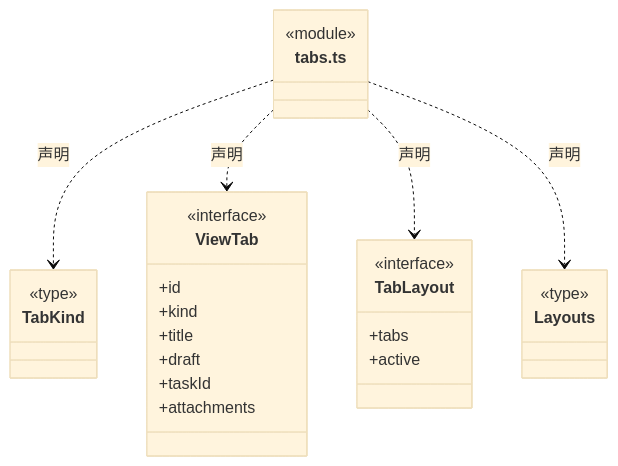
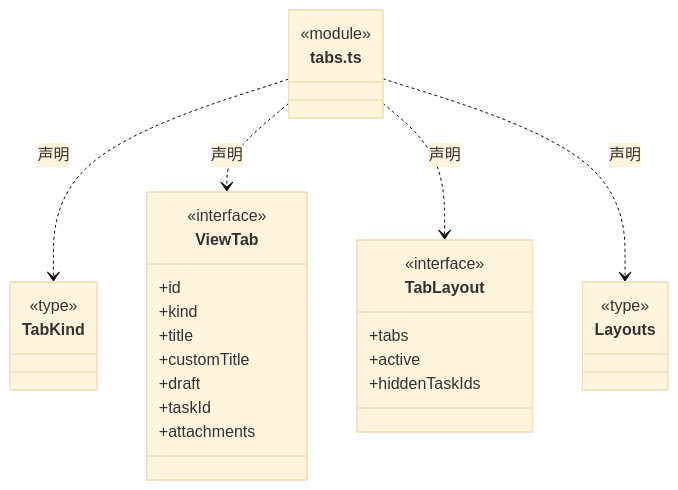
Before and after one commit to nan023062/cbim: diagram 11 of 19 in src/frontend/shell/ARCHITECTURE.md, drawn with Mermaid (base theme). The commit also changed other lines of this file and 23 other files, not shown here.

````diff
--- a/src/frontend/shell/ARCHITECTURE.md
+++ b/src/frontend/shell/ARCHITECTURE.md
@@ -173,32 +175,34 @@
 ```mermaid
 classDiagram
 class N_src_frontend_shell_tabs_ts["tabs.ts"] {
   <<module>>
 }
 class N_src_frontend_shell_tabs_ts_TabKind["TabKind"] {
   <<type>>
 
 }
 N_src_frontend_shell_tabs_ts ..> N_src_frontend_shell_tabs_ts_TabKind : 声明
 class N_src_frontend_shell_tabs_ts_ViewTab["ViewTab"] {
   <<interface>>
   +id
   +kind
   +title
+  +customTitle
   +draft
   +taskId
   +attachments
 }
 N_src_frontend_shell_tabs_ts ..> N_src_frontend_shell_tabs_ts_ViewTab : 声明
 class N_src_frontend_shell_tabs_ts_TabLayout["TabLayout"] {
   <<interface>>
   +tabs
   +active
+  +hiddenTaskIds
 }
 N_src_frontend_shell_tabs_ts ..> N_src_frontend_shell_tabs_ts_TabLayout : 声明
 class N_src_frontend_shell_tabs_ts_Layouts["Layouts"] {
   <<type>>
 
 }
 N_src_frontend_shell_tabs_ts ..> N_src_frontend_shell_tabs_ts_Layouts : 声明
 ```
````
